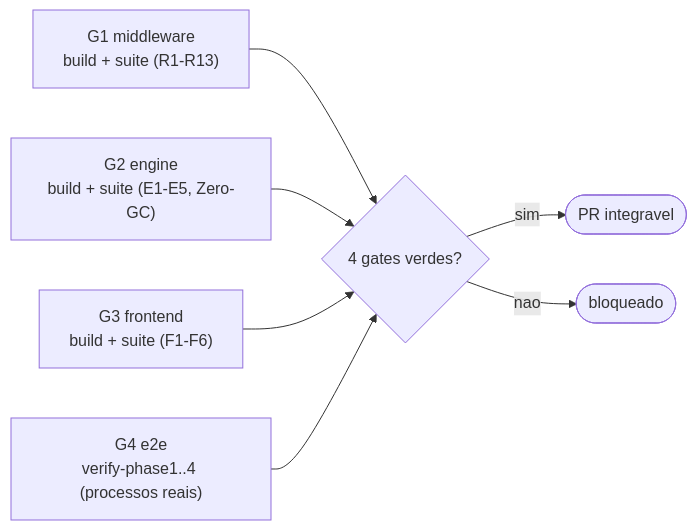
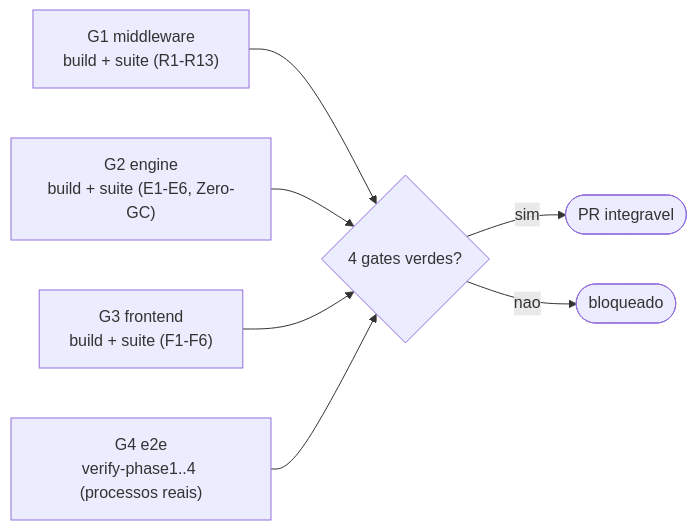
Before and after one commit to flaviotinococoutinho/Gridsmith: the fifth of 5 diagrams in docs/GOVERNANCE.md, drawn with Mermaid. The commit also changed other lines of this file and 14 other files, not shown here.

````diff
--- a/docs/GOVERNANCE.md
+++ b/docs/GOVERNANCE.md
@@ -262,9 +264,9 @@
 ```mermaid
 graph LR
   G1["G1 middleware<br/>build + suite (R1-R13)"] --> J{"4 gates verdes?"}
-  G2["G2 engine<br/>build + suite (E1-E5, Zero-GC)"] --> J
+  G2["G2 engine<br/>build + suite (E1-E6, Zero-GC)"] --> J
   G3["G3 frontend<br/>build + suite (F1-F6)"] --> J
   G4["G4 e2e<br/>verify-phase1..4 (processos reais)"] --> J
   J -->|"sim"| OK(["PR integravel"])
   J -->|"nao"| NO(["bloqueado"])
 ```
````
